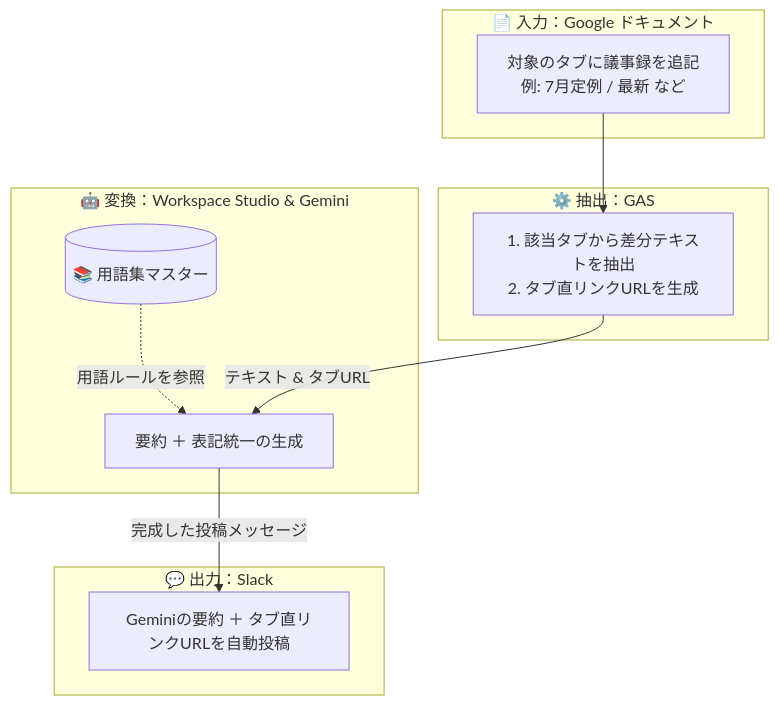
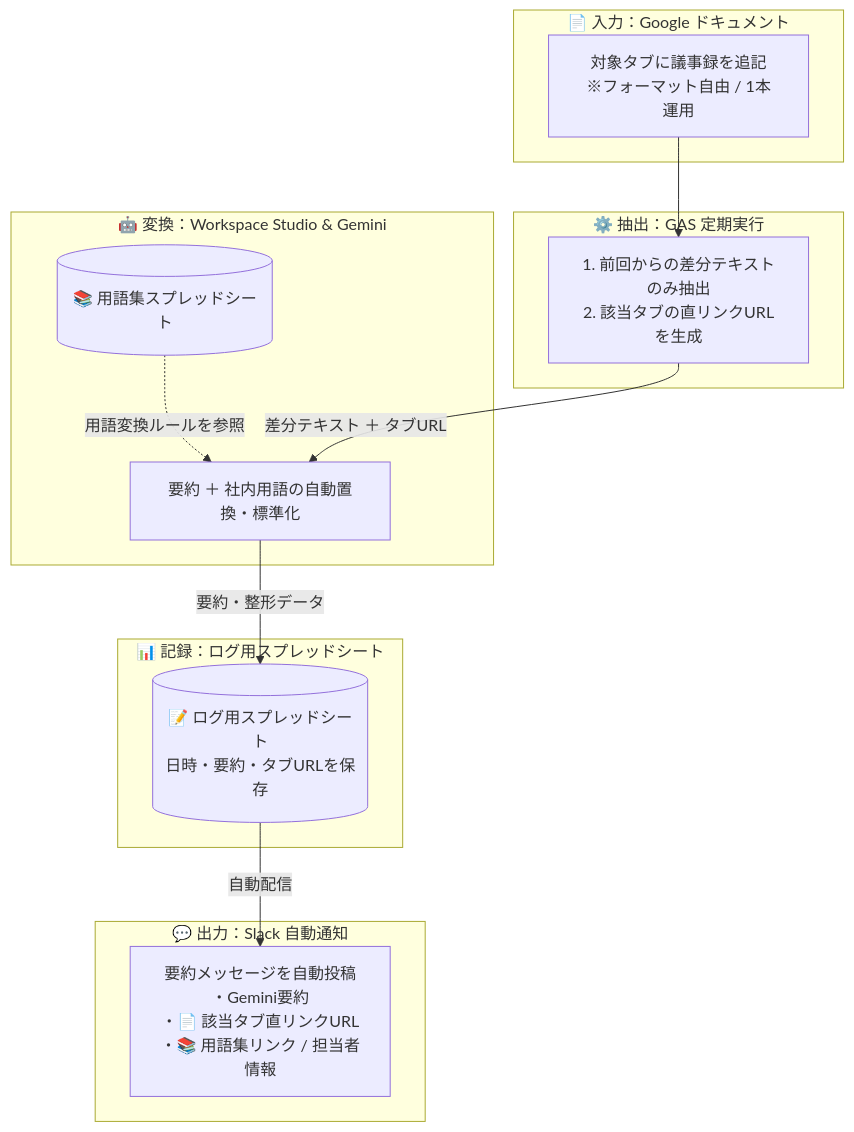
One commit to KoheiOshioBNPL/memo changed the diagram in README.md. Above: the diagram before and after it, drawn with Mermaid.

Commit message:
README.md

````diff
--- a/README.md
+++ b/README.md
@@ -1,29 +1,35 @@
 ```mermaid
 flowchart TD
-    %% 1. 入力層
-    subgraph Layer1 [📄 入力：Google ドキュメント]
-        A[対象のタブに議事録を追記<br>例: 7月定例 / 最新 など]
+    %% 1. 入力
+    subgraph Step1 [📄 入力：Google ドキュメント]
+        A[対象タブに議事録を追記<br>※フォーマット自由 / 1本運用]
     end
 
-    %% 2. 抽出処理層
-    subgraph Layer2 [⚙️ 抽出：GAS]
-        B[1. 該当タブから差分テキストを抽出<br>2. タブ直リンクURLを生成]
+    %% 2. 差分＆URL抽出
+    subgraph Step2 [⚙️ 抽出：GAS 定期実行]
+        B[1. 前回からの差分テキストのみ抽出<br>2. 該当タブの直リンクURLを生成]
     end
 
-    %% 3. AI要約層
-    subgraph Layer3 [🤖 変換：Workspace Studio & Gemini]
-        C[要約 ＋ 表記統一の生成]
-        D[(📚 用語集マスター)]
-        D -.->|用語ルールを参照| C
+    %% 3. AI要約＆用語置換
+    subgraph Step3 [🤖 変換：Workspace Studio & Gemini]
+        C[要約 ＋ 社内用語の自動置換・標準化]
+        D[(📚 用語集スプレッドシート)]
+        D -.->|用語変換ルールを参照| C
     end
 
-    %% 4. 出力層
-    subgraph Layer4 [💬 出力：Slack]
-        E[Geminiの要約 ＋ タブ直リンクURLを自動投稿]
+    %% 4. ログ保存
+    subgraph Step4 [📊 記録：ログ用スプレッドシート]
+        E[(📝 ログ用スプレッドシート<br>日時・要約・タブURLを保存)]
     end
 
-    %% データフロー（上から下へのスムーズな流れ）
+    %% 5. Slack通知
+    subgraph Step5 [💬 出力：Slack 自動通知]
+        F[要約メッセージを自動投稿<br>・Gemini要約<br>・📄 該当タブ直リンクURL<br>・📚 用語集リンク / 担当者情報]
+    end
+
+    %% データフロー（上から下へ一方通行）
     A --> B
-    B -->|テキスト & タブURL| C
-    C -->|完成した投稿メッセージ| E
+    B -->|差分テキスト ＋ タブURL| C
+    C -->|要約・整形データ| E
+    E -->|自動配信| F
 ```
````
